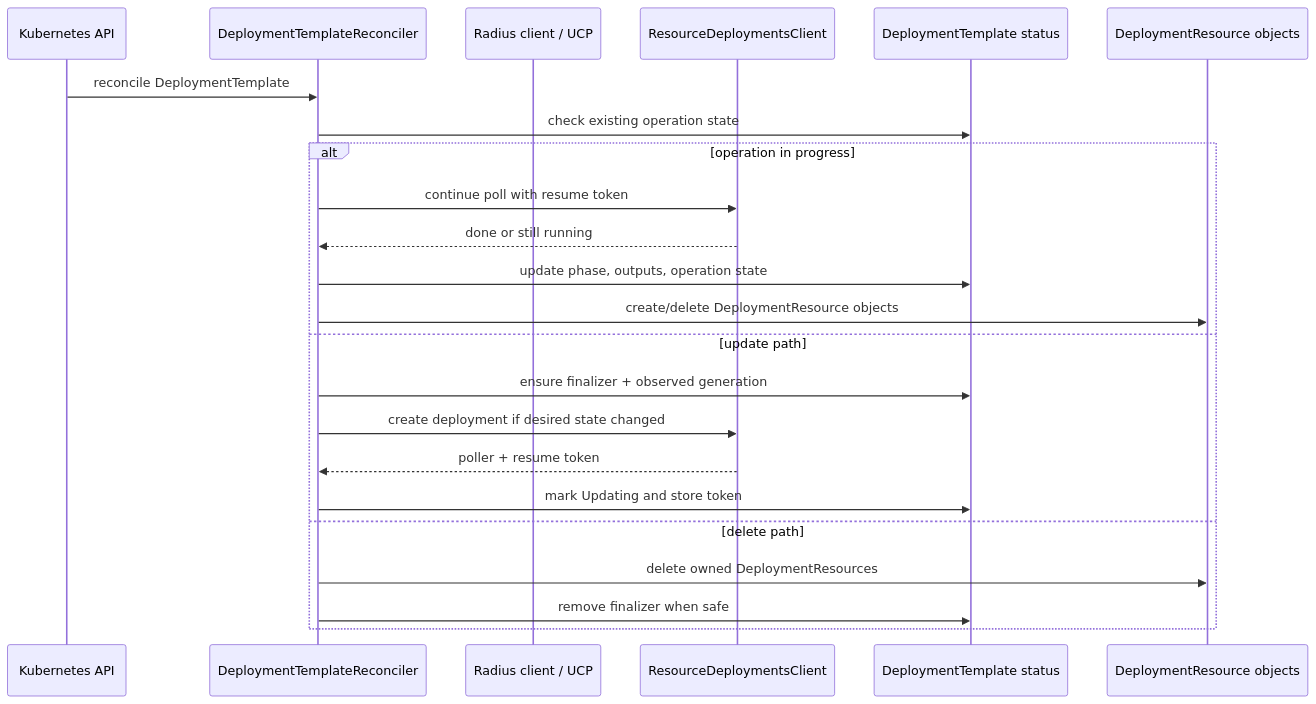
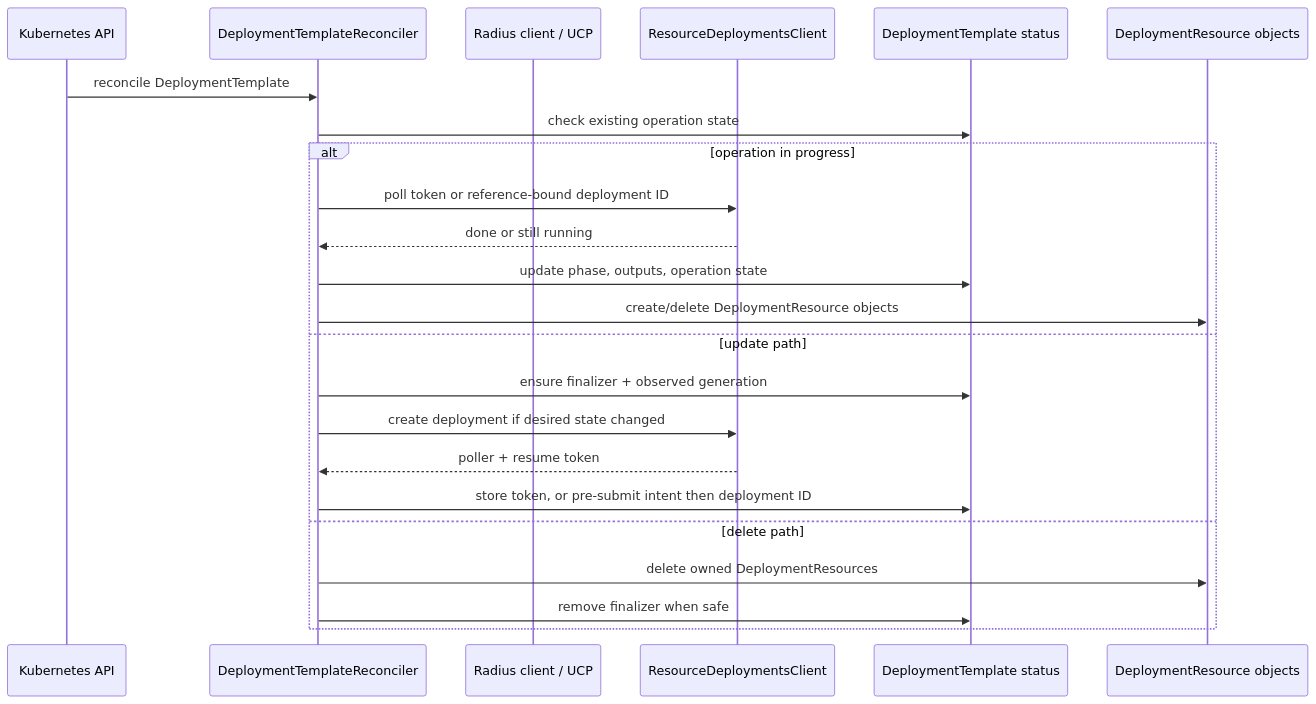
Before and after one commit to radius-project/radius: the second of 2 diagrams in docs/architecture/controller.md, drawn with Mermaid. The commit also changed other lines of this file and 23 other files, not shown here.

````diff
--- a/docs/architecture/controller.md
+++ b/docs/architecture/controller.md
@@ -110,26 +197,26 @@
 ```mermaid
 sequenceDiagram
   participant K8S as Kubernetes API
   participant Rec as DeploymentTemplateReconciler
   participant Radius as Radius client / UCP
   participant Deploy as ResourceDeploymentsClient
   participant Status as DeploymentTemplate status
   participant Out as DeploymentResource objects
 
   K8S->>Rec: reconcile DeploymentTemplate
   Rec->>Status: check existing operation state
   alt operation in progress
-    Rec->>Deploy: continue poll with resume token
+    Rec->>Deploy: poll token or reference-bound deployment ID
     Deploy-->>Rec: done or still running
     Rec->>Status: update phase, outputs, operation state
     Rec->>Out: create/delete DeploymentResource objects
   else update path
     Rec->>Status: ensure finalizer + observed generation
     Rec->>Deploy: create deployment if desired state changed
     Deploy-->>Rec: poller + resume token
-    Rec->>Status: mark Updating and store token
+    Rec->>Status: store token, or pre-submit intent then deployment ID
   else delete path
     Rec->>Out: delete owned DeploymentResources
     Rec->>Status: remove finalizer when safe
   end
 ```
````
